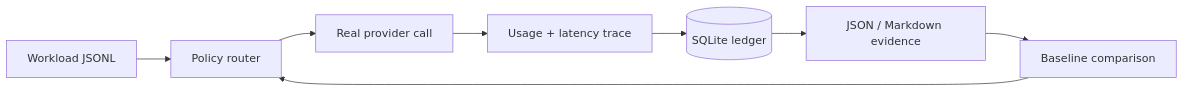
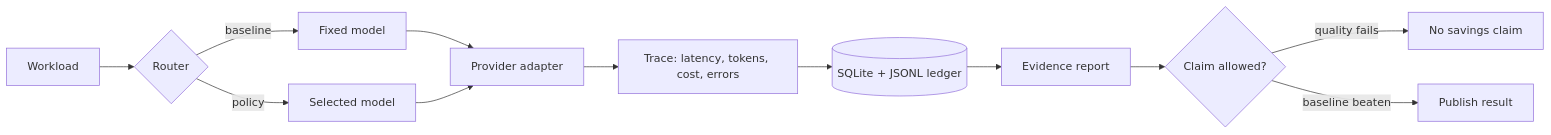
Before and after one commit to TensorScholar/cost-optimized-inference: the diagram in README.md, drawn with Mermaid. The commit also changed other lines of this file, not shown here.

````diff
--- a/README.md
+++ b/README.md
@@ -15,10 +13,14 @@
 ```mermaid
 flowchart LR
-    A["Workload JSONL"] --> B["Policy router"]
-    B --> C["Real provider call"]
-    C --> D["Usage + latency trace"]
-    D --> E[("SQLite ledger")]
-    E --> F["JSON / Markdown evidence"]
-    F --> G["Baseline comparison"]
-    G --> B
+    W["Workload"] --> R{"Router"}
+    R -->|"baseline"| B["Fixed model"]
+    R -->|"policy"| P["Selected model"]
+    B --> A["Provider adapter"]
+    P --> A
+    A --> T["Trace: latency, tokens, cost, errors"]
+    T --> L[("SQLite + JSONL ledger")]
+    L --> E["Evidence report"]
+    E --> Q{"Claim allowed?"}
+    Q -->|"quality fails"| N["No savings claim"]
+    Q -->|"baseline beaten"| C["Publish result"]
 ```
````
